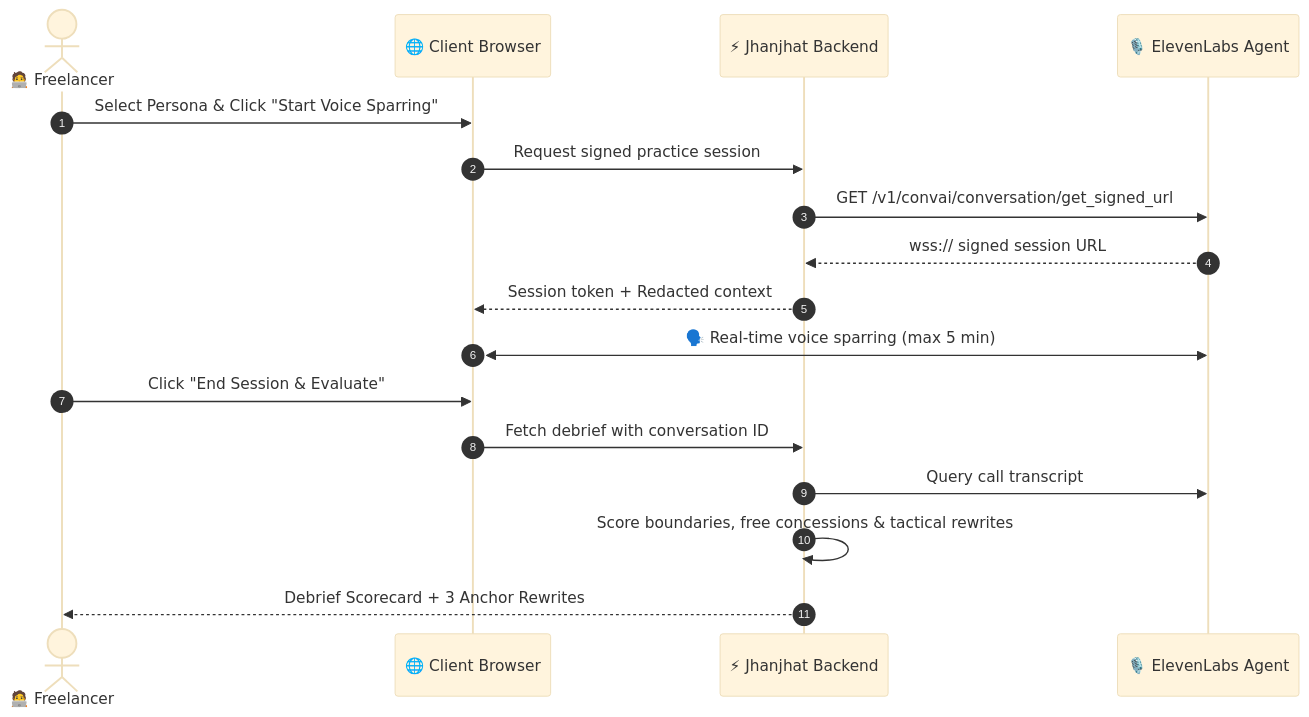
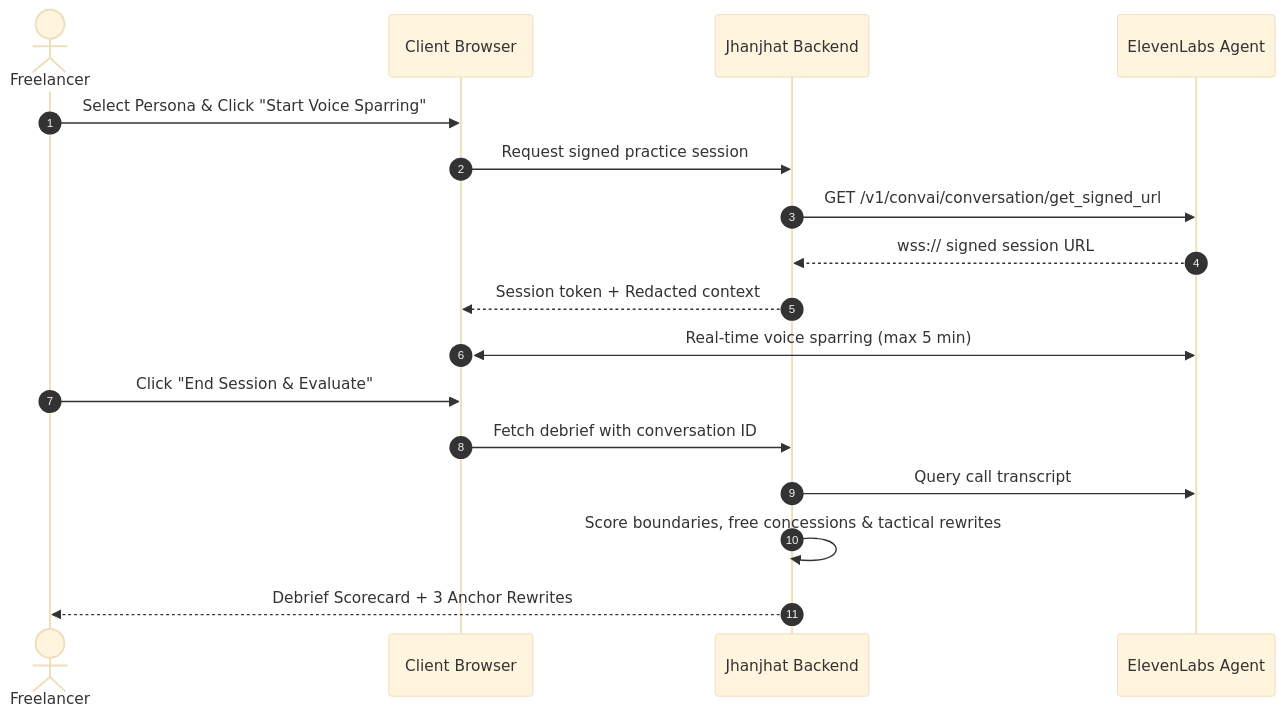
The third of 4 diagrams in README.md (mannubaveja007/Jhanjhat), drawn with Mermaid (base theme) before and after one commit. The commit also changed other lines of this file, not shown here.

Commit message:
docs: strip emojis from README and diagrams for clean presentation

````diff
--- a/README.md
+++ b/README.md
@@ -103,20 +103,20 @@
 ```mermaid
 sequenceDiagram
     autonumber
-    actor Dev as 🧑‍💻 Freelancer
-    participant Browser as 🌐 Client Browser
-    participant App as ⚡ Jhanjhat Backend
-    participant Eleven as 🎙️ ElevenLabs Agent
+    actor Dev as Freelancer
+    participant Browser as Client Browser
+    participant App as Jhanjhat Backend
+    participant Eleven as ElevenLabs Agent
 
     Dev->>Browser: Select Persona & Click "Start Voice Sparring"
     Browser->>App: Request signed practice session
     App->>Eleven: GET /v1/convai/conversation/get_signed_url
     Eleven-->>App: wss:// signed session URL
     App-->>Browser: Session token + Redacted context
-    Browser<<->>Eleven: 🗣️ Real-time voice sparring (max 5 min)
+    Browser<<->>Eleven: Real-time voice sparring (max 5 min)
     Dev->>Browser: Click "End Session & Evaluate"
     Browser->>App: Fetch debrief with conversation ID
     App->>Eleven: Query call transcript
     App->>App: Score boundaries, free concessions & tactical rewrites
     App-->>Dev: Debrief Scorecard + 3 Anchor Rewrites
 ```
````
